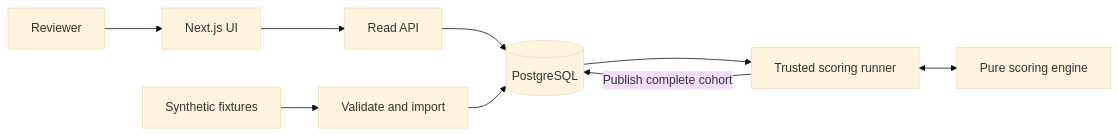
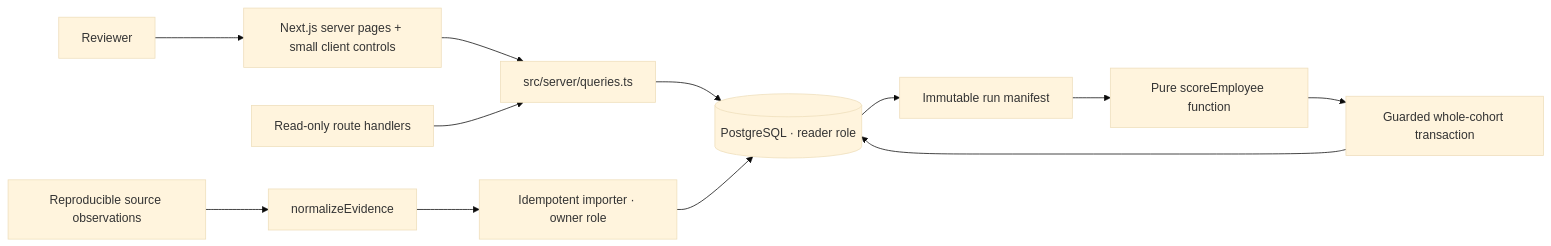
The diagram in docs/SYSTEM_ARCHITECTURE.md (pdumpy/Contriq), drawn with Mermaid (base theme) before and after one commit. The commit also changed other lines of this file and 78 other files, not shown here.

````diff
--- a/docs/SYSTEM_ARCHITECTURE.md
+++ b/docs/SYSTEM_ARCHITECTURE.md
@@ -5,11 +5,14 @@
 ```mermaid
 flowchart LR
-    Reviewer --> UI["Next.js UI"]
-    UI --> API["Read API"]
-    API --> DB[("PostgreSQL")]
-    Fixture["Synthetic fixtures"] --> Ingest["Validate and import"]
-    Ingest --> DB
-    DB --> Runner["Trusted scoring runner"]
-    Runner <--> Engine["Pure scoring engine"]
-    Runner -->|"Publish complete cohort"| DB
+    Reviewer --> UI["Next.js server pages + small client controls"]
+    UI --> Read["src/server/queries.ts"]
+    API["Read-only route handlers"] --> Read
+    Read --> DB[("PostgreSQL · reader role")]
+    Fixtures["Reproducible source observations"] --> Normalize["normalizeEvidence"]
+    Normalize --> Import["Idempotent importer · owner role"]
+    Import --> DB
+    DB --> Capture["Immutable run manifest"]
+    Capture --> Engine["Pure scoreEmployee function"]
+    Engine --> Publish["Guarded whole-cohort transaction"]
+    Publish --> DB
 ```
````
